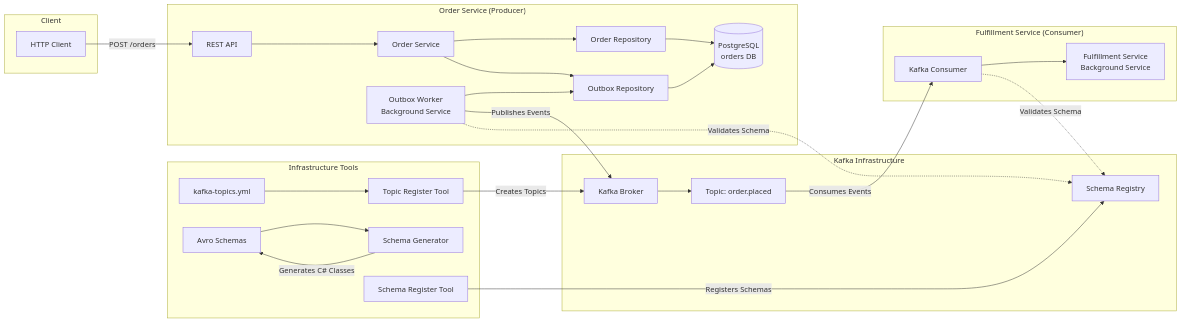
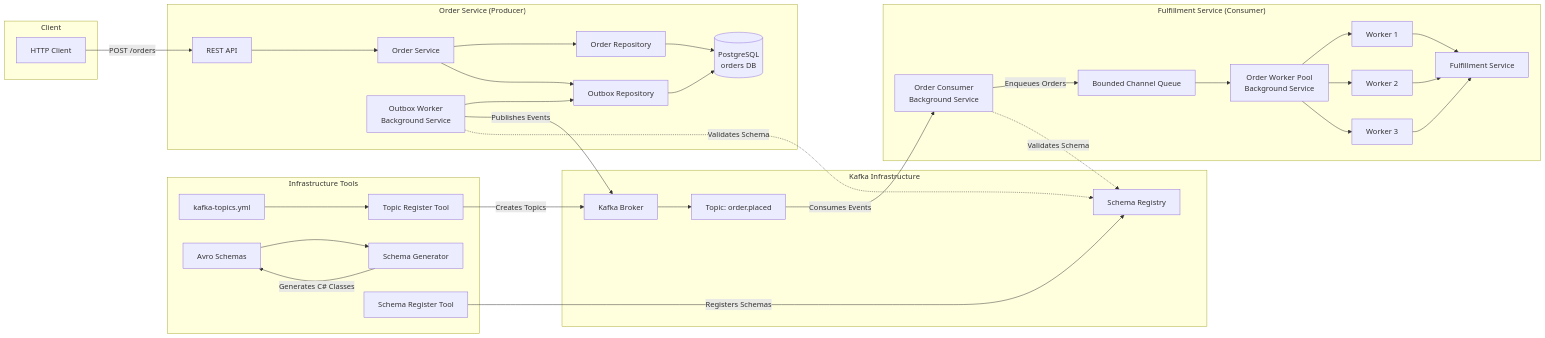
One commit to ryanachten/kafkaesque changed the diagram in README.md. Above: the diagram before and after it, drawn with Mermaid. The commit also changed other lines of this file and 10 other files, not shown here.

Commit message:
feat: add fulfillment worker pool and init service

````diff
--- a/README.md
+++ b/README.md
@@ -7,59 +7,71 @@
 ```mermaid
 graph LR
     subgraph InfraTools["Infrastructure Tools"]
         TopicConfig[kafka-topics.yml]
         TopicRegTool[Topic Register Tool]
         SchemaFiles[Avro Schemas]
         SchemaGen[Schema Generator]
         SchemaRegTool[Schema Register Tool]
         
         TopicConfig --> TopicRegTool
         SchemaFiles --> SchemaGen
         SchemaGen --> |Generates C# Classes| SchemaFiles
     end
 
     subgraph Client
         HTTP[HTTP Client]
     end
 
     subgraph OrderService["Order Service (Producer)"]
         API[REST API]
         OrderSvc[Order Service]
         OrderRepo[Order Repository]
         OutboxRepo[Outbox Repository]
         DB[(PostgreSQL<br/>orders DB)]
         OutboxWorker[Outbox Worker<br/>Background Service]
         
         API --> OrderSvc
         OrderSvc --> OrderRepo
         OrderSvc --> OutboxRepo
         OrderRepo --> DB
         OutboxRepo --> DB
         OutboxWorker --> OutboxRepo
     end
 
     subgraph KafkaInfra["Kafka Infrastructure"]
         SchemaReg[Schema Registry]
         Broker[Kafka Broker]
         Topic[Topic: order.placed]
         
         Broker --> Topic
     end
 
     subgraph FulfillmentService["Fulfillment Service (Consumer)"]
-        Consumer[Kafka Consumer]
-        FulfillSvc[Fulfillment Service<br/>Background Service]
+        Consumer[Order Consumer<br/>Background Service]
+        WorkerPool[Order Worker Pool<br/>Background Service]
+        Queue[Bounded Channel Queue]
+        Worker1[Worker 1]
+        Worker2[Worker 2]
+        Worker3[Worker 3]
+        FulfillSvc[Fulfillment Service]
         
-        Consumer --> FulfillSvc
+        Consumer --> |Enqueues Orders| Queue
+        Queue --> WorkerPool
+        WorkerPool --> Worker1
+        WorkerPool --> Worker2
+        WorkerPool --> Worker3
+        Worker1 --> FulfillSvc
+        Worker2 --> FulfillSvc
+        Worker3 --> FulfillSvc
     end
 
     TopicRegTool --> |Creates Topics| Broker
     SchemaRegTool --> |Registers Schemas| SchemaReg
     HTTP -->|POST /orders| API
     OutboxWorker -->|Publishes Events| Broker
     OutboxWorker -.->|Validates Schema| SchemaReg
     Topic -->|Consumes Events| Consumer
     Consumer -.->|Validates Schema| SchemaReg
 
   
 ```
````
